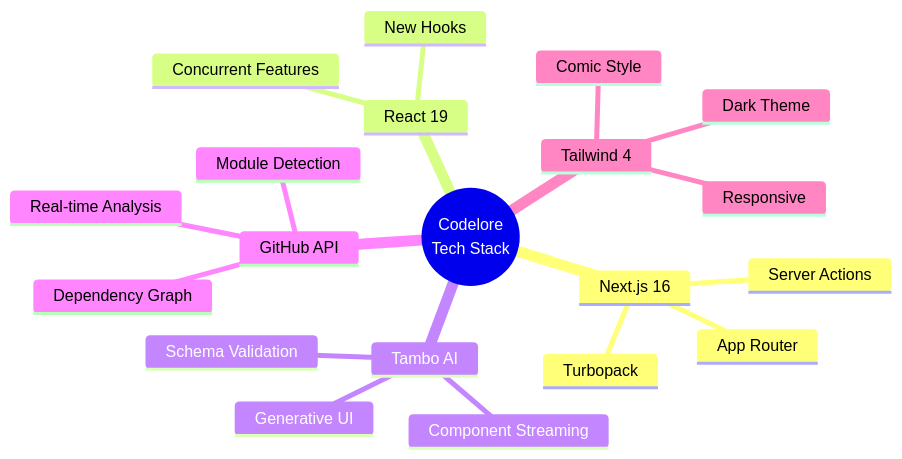
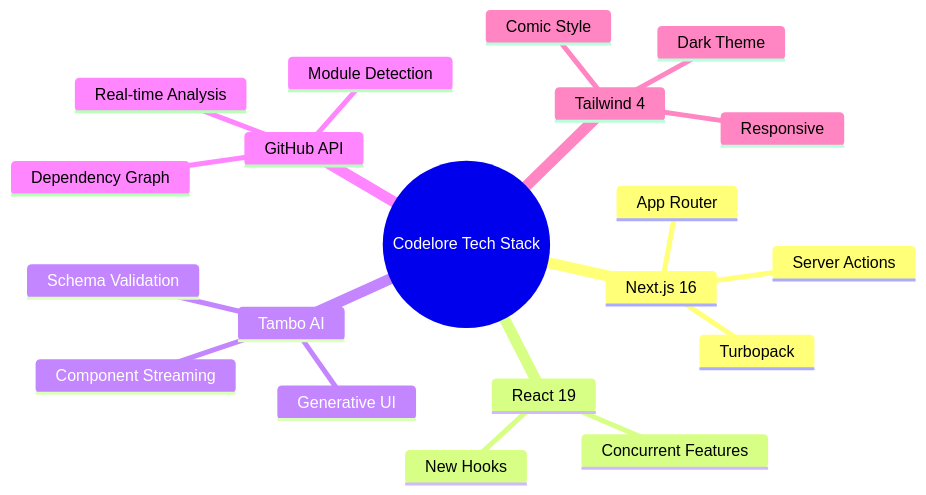
The fifth of 9 diagrams in README.md (OshiSharma1222/Codelore), drawn with Mermaid before and after one commit. The commit also changed other lines of this file and 1 other file, not shown here.

````diff
--- a/README.md
+++ b/README.md
@@ -313,23 +313,23 @@
 ```mermaid
 mindmap
-  root((Codelore<br/>Tech Stack))
+  root((Codelore Tech Stack))
     Next.js 16
       App Router
       Turbopack
       Server Actions
     React 19
       New Hooks
       Concurrent Features
     Tambo AI
       Generative UI
       Component Streaming
       Schema Validation
     GitHub API
       Real-time Analysis
       Module Detection
       Dependency Graph
     Tailwind 4
       Dark Theme
       Comic Style
       Responsive
 ```
````
